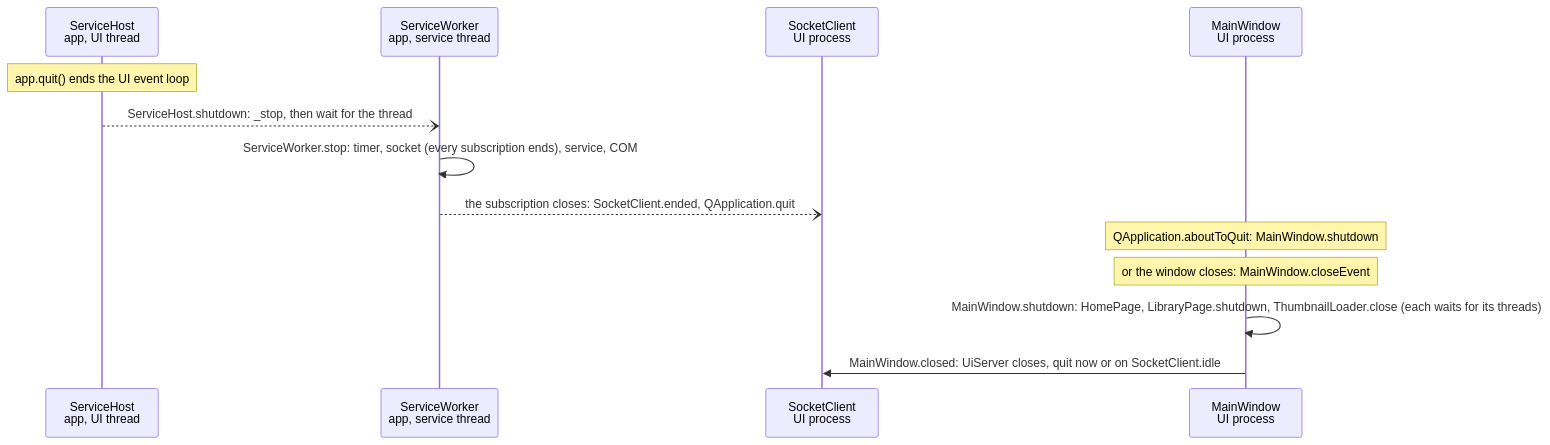
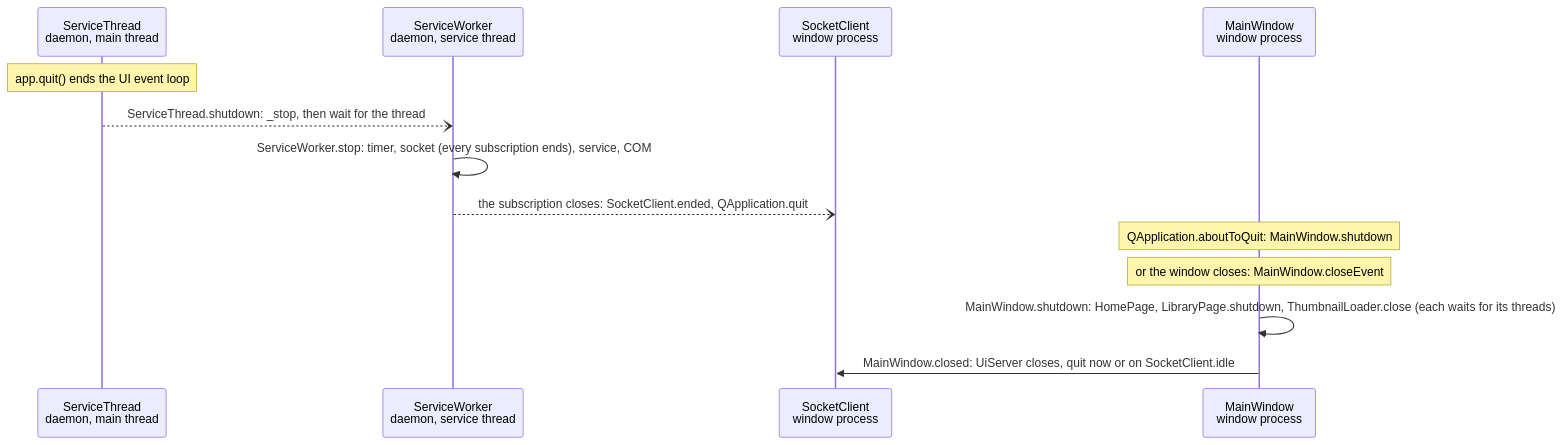
The tenth of 10 diagrams in docs/app-wiring.md (cheshire0xff/wallpaper_py), drawn with Mermaid before and after one commit. The commit also changed other lines of this file and 68 other files, not shown here.

````diff
--- a/docs/app-wiring.md
+++ b/docs/app-wiring.md
@@ -252,16 +252,16 @@
 ```mermaid
 sequenceDiagram
-    participant H as ServiceHost<br/>app, UI thread
-    participant W as ServiceWorker<br/>app, service thread
-    participant C as SocketClient<br/>UI process
-    participant M as MainWindow<br/>UI process
+    participant H as ServiceThread<br/>daemon, main thread
+    participant W as ServiceWorker<br/>daemon, service thread
+    participant C as SocketClient<br/>window process
+    participant M as MainWindow<br/>window process
 
     Note over H: app.quit() ends the UI event loop
-    H--)W: ServiceHost.shutdown: _stop, then wait for the thread
+    H--)W: ServiceThread.shutdown: _stop, then wait for the thread
     W->>W: ServiceWorker.stop: timer, socket (every subscription ends), service, COM
     W--)C: the subscription closes: SocketClient.ended, QApplication.quit
     Note over M: QApplication.aboutToQuit: MainWindow.shutdown
     Note over M: or the window closes: MainWindow.closeEvent
     M->>M: MainWindow.shutdown: HomePage, LibraryPage.shutdown, ThumbnailLoader.close (each waits for its threads)
     M->>C: MainWindow.closed: UiServer closes, quit now or on SocketClient.idle
 ```
````
